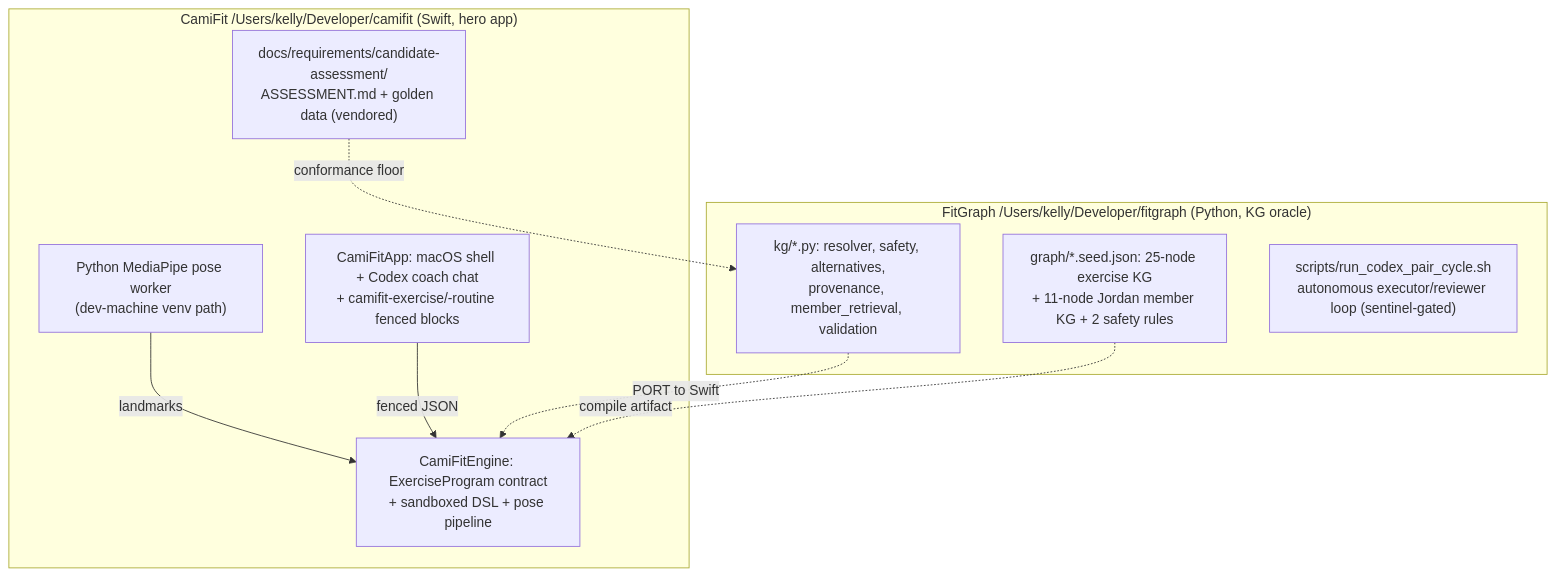
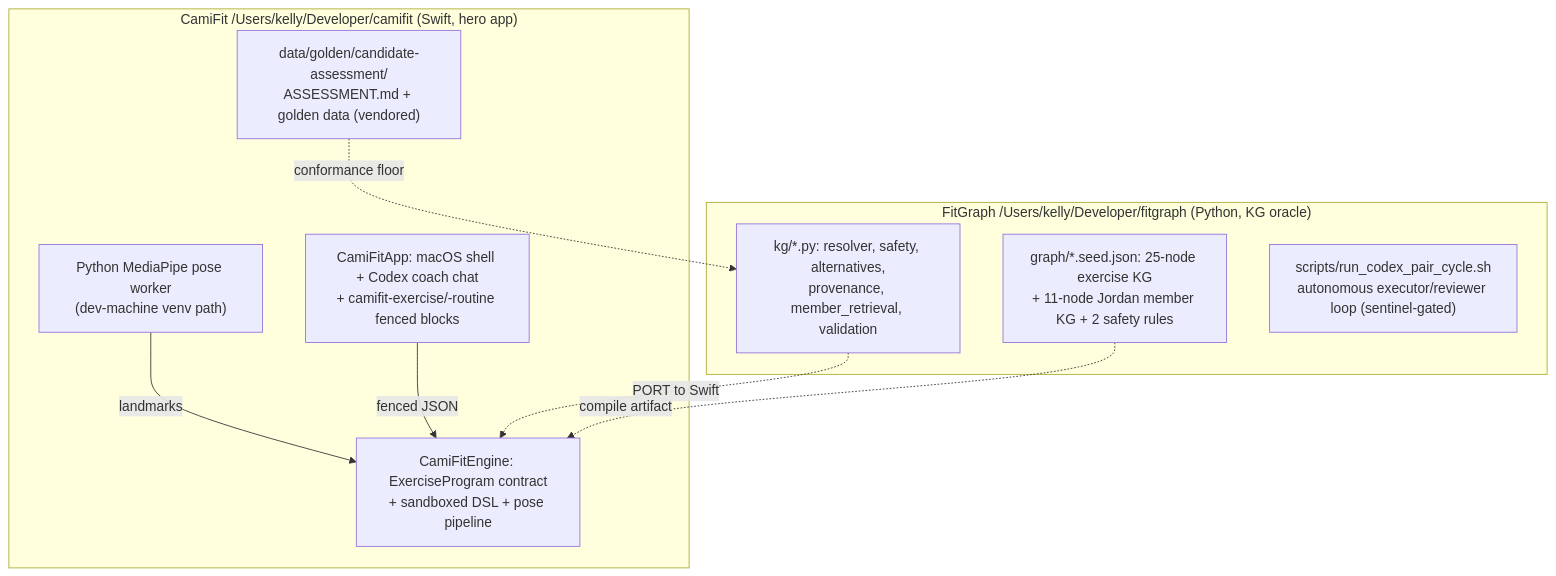
One commit to jakekinchen/momentum changed the third of 12 diagrams in docs/design/2026-06-04-camifit-fitgraph-synthesis.md. Above: the diagram before and after it, drawn with Mermaid. The commit also changed other lines of this file and 20 other files, not shown here.

````diff
--- a/docs/design/2026-06-04-camifit-fitgraph-synthesis.md
+++ b/docs/design/2026-06-04-camifit-fitgraph-synthesis.md
@@ -199,19 +199,19 @@
 ```mermaid
 graph TB
   subgraph CamiFit["CamiFit /Users/kelly/Developer/camifit (Swift, hero app)"]
     Engine["CamiFitEngine: ExerciseProgram contract<br/>+ sandboxed DSL + pose pipeline"]
     Chat["CamiFitApp: macOS shell + Codex coach chat<br/>+ camifit-exercise/-routine fenced blocks"]
     Worker["Python MediaPipe pose worker<br/>(dev-machine venv path)"]
-    Assess["docs/requirements/candidate-assessment/<br/>ASSESSMENT.md + golden data (vendored)"]
+    Assess["data/golden/candidate-assessment/<br/>ASSESSMENT.md + golden data (vendored)"]
   end
   subgraph FitGraph["FitGraph /Users/kelly/Developer/fitgraph (Python, KG oracle)"]
     KG["kg/*.py: resolver, safety, alternatives,<br/>provenance, member_retrieval, validation"]
     Seeds["graph/*.seed.json: 25-node exercise KG<br/>+ 11-node Jordan member KG + 2 safety rules"]
     Loop["scripts/run_codex_pair_cycle.sh<br/>autonomous executor/reviewer loop (sentinel-gated)"]
   end
   Worker -->|landmarks| Engine
   Chat -->|fenced JSON| Engine
   KG -.PORT to Swift.-> Engine
   Seeds -.compile artifact.-> Engine
   Assess -. conformance floor .-> KG
 ```
````
